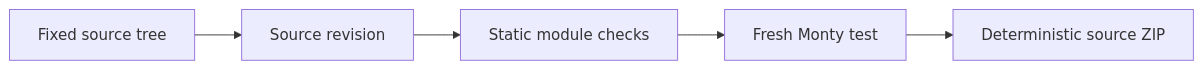
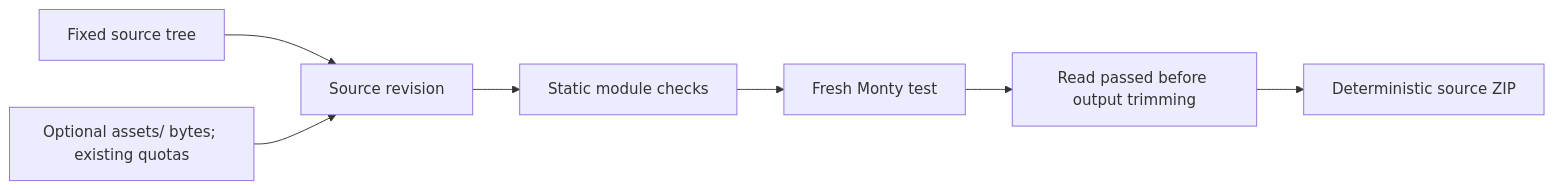
The sixth of 6 diagrams in docs/design-decisions.md (sgaseretto/arenero), drawn with Mermaid before and after one commit. The commit also changed other lines of this file and 23 other files, not shown here.

````diff
--- a/docs/design-decisions.md
+++ b/docs/design-decisions.md
@@ -412,7 +437,9 @@
 ```mermaid
 flowchart LR
     Source["Fixed source tree"] --> Digest["Source revision"]
+    Assets["Optional assets/ bytes; existing quotas"] --> Digest
     Digest --> Static["Static module checks"]
     Static --> Fresh["Fresh Monty test"]
-    Fresh --> Zip["Deterministic source ZIP"]
+    Fresh --> Flag["Read passed before output trimming"]
+    Flag --> Zip["Deterministic source ZIP"]
 ```
````
